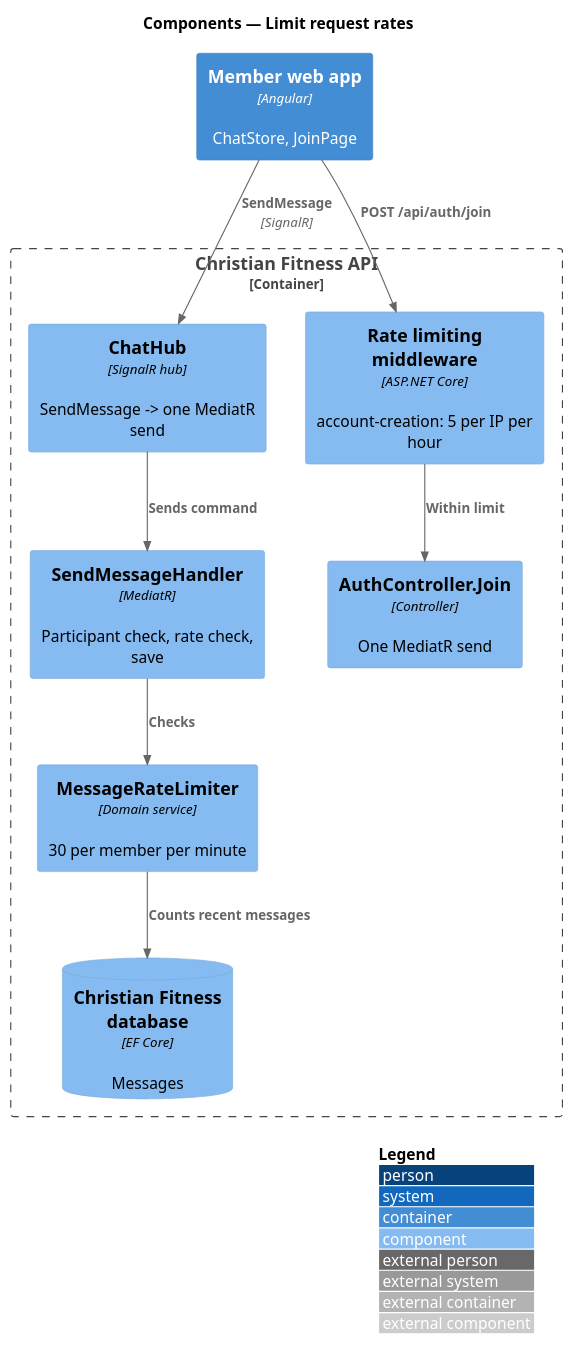
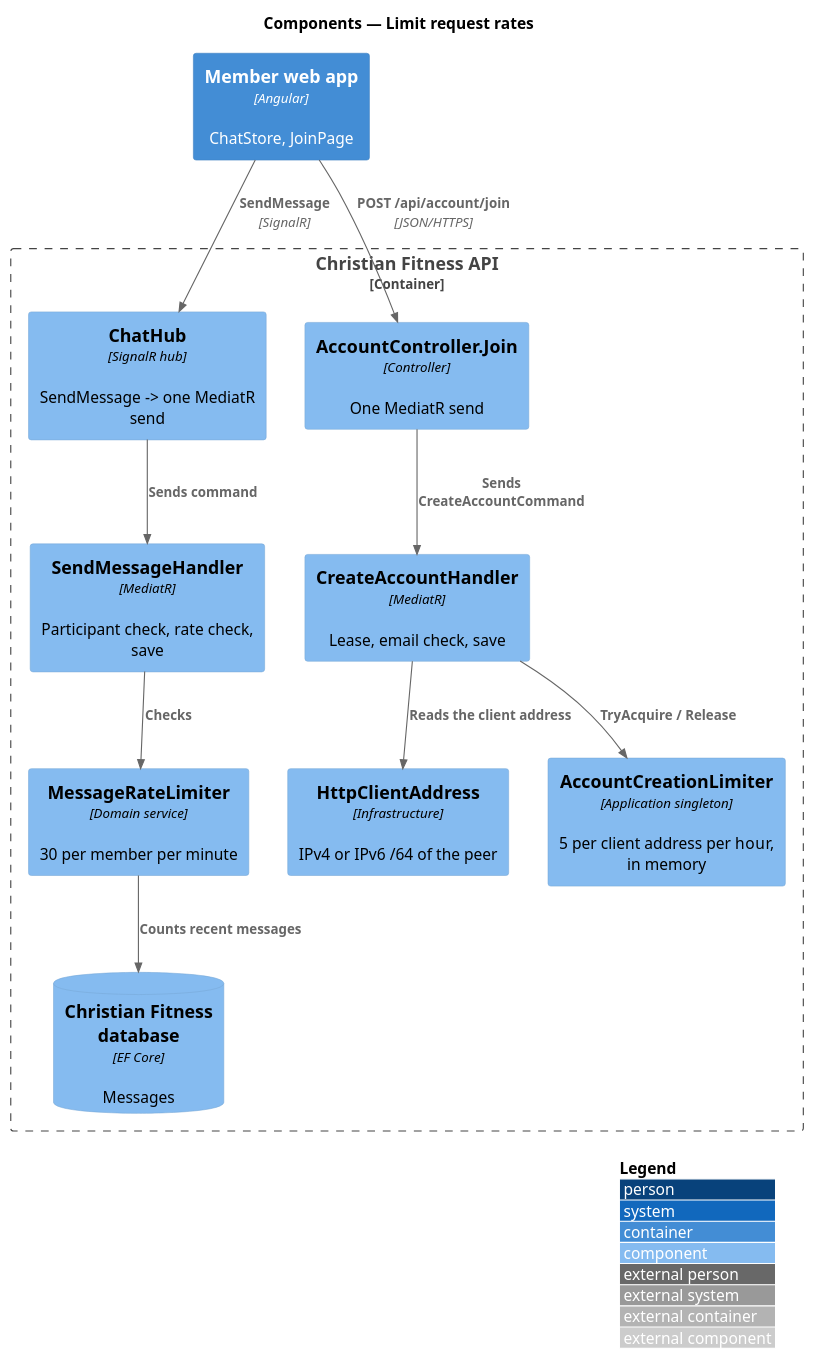
Before and after one commit to QuinntyneBrown/christian-fitness: the diagram in docs/detailed-designs/security/limit-request-rates/diagrams/c4-component.puml, drawn with PlantUML. The commit also changed 35 other files, not shown here.

```diff
--- a/docs/detailed-designs/security/limit-request-rates/diagrams/c4-component.puml
+++ b/docs/detailed-designs/security/limit-request-rates/diagrams/c4-component.puml
@@ -1,21 +1,25 @@
 @startuml
 !include <C4/C4_Component>
 LAYOUT_WITH_LEGEND()
 title Components — Limit request rates
 
 Container(web, "Member web app", "Angular", "ChatStore, JoinPage")
 Container_Boundary(api, "Christian Fitness API") {
   Component(hub, "ChatHub", "SignalR hub", "SendMessage -> one MediatR send")
   Component(h, "SendMessageHandler", "MediatR", "Participant check, rate check, save")
   Component(rl, "MessageRateLimiter", "Domain service", "30 per member per minute")
-  Component(mw, "Rate limiting middleware", "ASP.NET Core", "account-creation: 5 per IP per hour")
-  Component(ctrl, "AuthController.Join", "Controller", "One MediatR send")
+  Component(ctrl, "AccountController.Join", "Controller", "One MediatR send")
+  Component(ch, "CreateAccountHandler", "MediatR", "Lease, email check, save")
+  Component(al, "AccountCreationLimiter", "Application singleton", "5 per client address per hour, in memory")
+  Component(ca, "HttpClientAddress", "Infrastructure", "IPv4 or IPv6 /64 of the peer")
   ComponentDb(db, "Christian Fitness database", "EF Core", "Messages")
 }
 Rel(web, hub, "SendMessage", "SignalR")
 Rel(hub, h, "Sends command")
 Rel(h, rl, "Checks")
 Rel(rl, db, "Counts recent messages")
-Rel(web, mw, "POST /api/auth/join")
-Rel(mw, ctrl, "Within limit")
+Rel(web, ctrl, "POST /api/account/join", "JSON/HTTPS")
+Rel(ctrl, ch, "Sends CreateAccountCommand")
+Rel(ch, ca, "Reads the client address")
+Rel(ch, al, "TryAcquire / Release")
 @enduml
```
